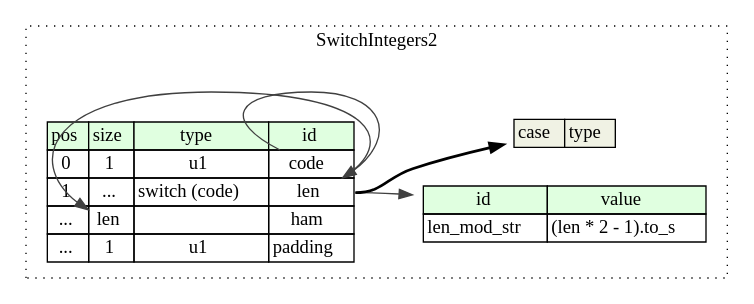
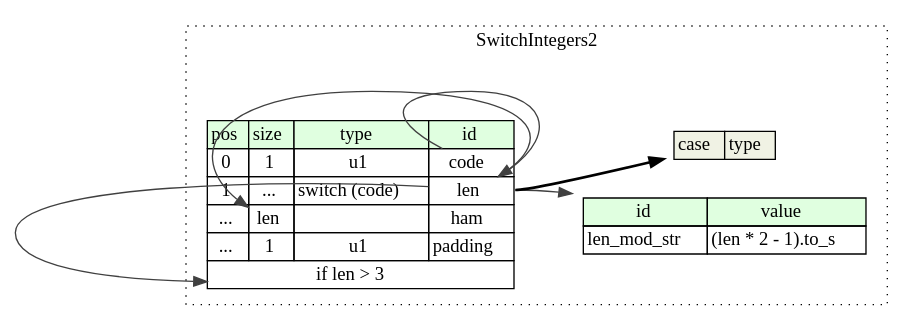
One commit to kaitai-io/ci_targets changed the diagram in compiled/graphviz/switch_integers2.dot. Above: the diagram before and after it, drawn with Graphviz. The commit also changed 209 other files, not shown here.

```diff
--- a/compiled/graphviz/switch_integers2.dot
+++ b/compiled/graphviz/switch_integers2.dot
@@ -1,27 +1,29 @@
 digraph {
 	rankdir=LR;
 	node [shape=plaintext];
 	subgraph cluster__switch_integers2 {
 		label="SwitchIntegers2";
 		graph[style=dotted];
 
 		switch_integers2__seq [label=<<TABLE BORDER="0" CELLBORDER="1" CELLSPACING="0">
 			<TR><TD BGCOLOR="#E0FFE0">pos</TD><TD BGCOLOR="#E0FFE0">size</TD><TD BGCOLOR="#E0FFE0">type</TD><TD BGCOLOR="#E0FFE0">id</TD></TR>
 			<TR><TD PORT="code_pos">0</TD><TD PORT="code_size">1</TD><TD>u1</TD><TD PORT="code_type">code</TD></TR>
 			<TR><TD PORT="len_pos">1</TD><TD PORT="len_size">...</TD><TD>switch (code)</TD><TD PORT="len_type">len</TD></TR>
 			<TR><TD PORT="ham_pos">...</TD><TD PORT="ham_size">len</TD><TD></TD><TD PORT="ham_type">ham</TD></TR>
 			<TR><TD PORT="padding_pos">...</TD><TD PORT="padding_size">1</TD><TD>u1</TD><TD PORT="padding_type">padding</TD></TR>
+			<TR><TD COLSPAN="4" PORT="padding__if">if len &gt; 3</TD></TR>
 		</TABLE>>];
 		switch_integers2__inst__len_mod_str [label=<<TABLE BORDER="0" CELLBORDER="1" CELLSPACING="0">
 			<TR><TD BGCOLOR="#E0FFE0">id</TD><TD BGCOLOR="#E0FFE0">value</TD></TR>
 			<TR><TD>len_mod_str</TD><TD>(len * 2 - 1).to_s</TD></TR>
 		</TABLE>>];
 switch_integers2__seq_len_switch [label=<<TABLE BORDER="0" CELLBORDER="1" CELLSPACING="0">
 	<TR><TD BGCOLOR="#F0F2E4">case</TD><TD BGCOLOR="#F0F2E4">type</TD></TR>
 </TABLE>>];
 	}
 	switch_integers2__seq:len_type -> switch_integers2__seq_len_switch [style=bold];
 	switch_integers2__seq:code_type -> switch_integers2__seq:len_type [color="#404040"];
 	switch_integers2__seq:len_type -> switch_integers2__seq:ham_size [color="#404040"];
+	switch_integers2__seq:len_type -> switch_integers2__seq:padding__if [color="#404040"];
 	switch_integers2__seq:len_type -> switch_integers2__inst__len_mod_str [color="#404040"];
 }
```
